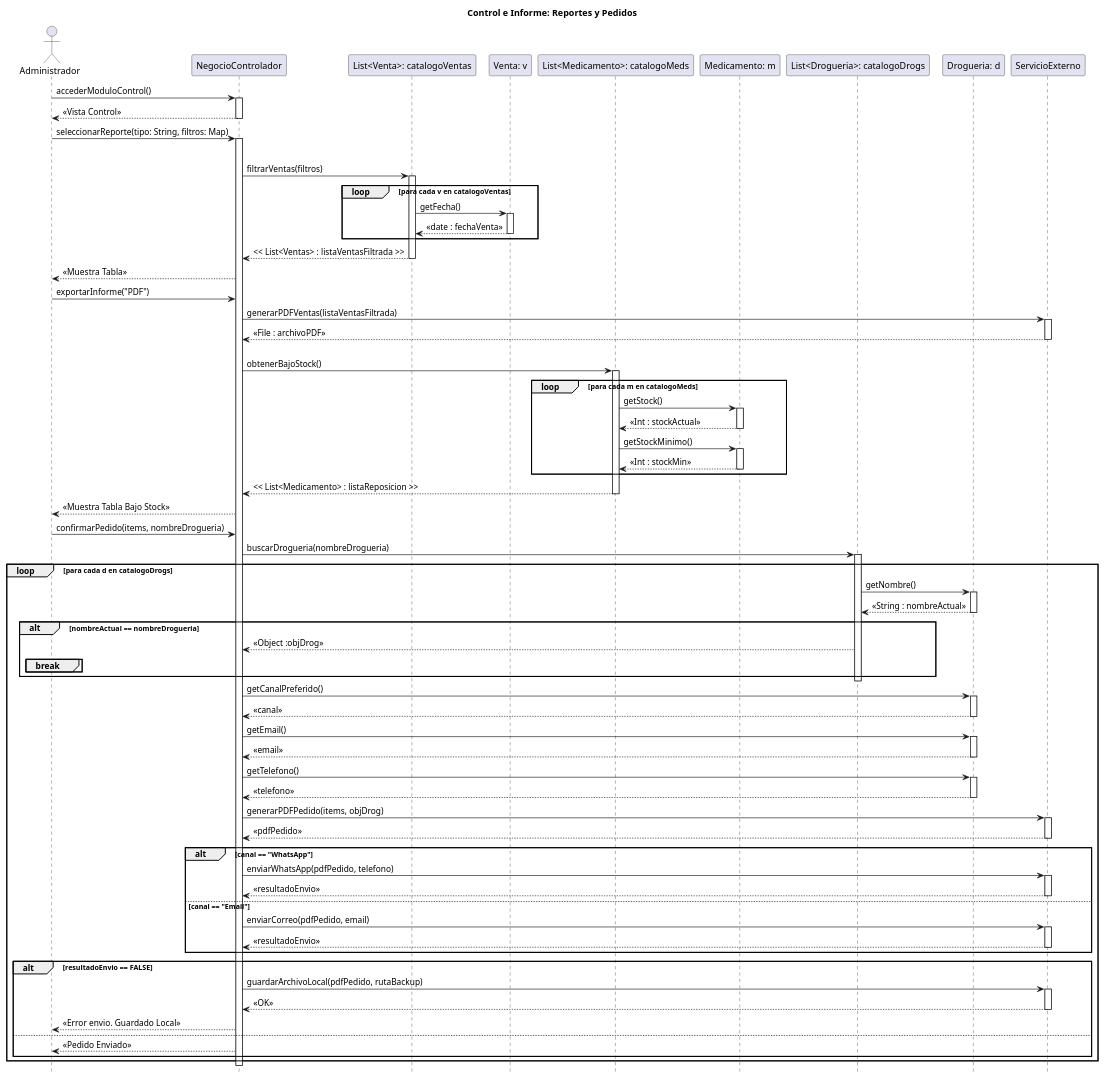
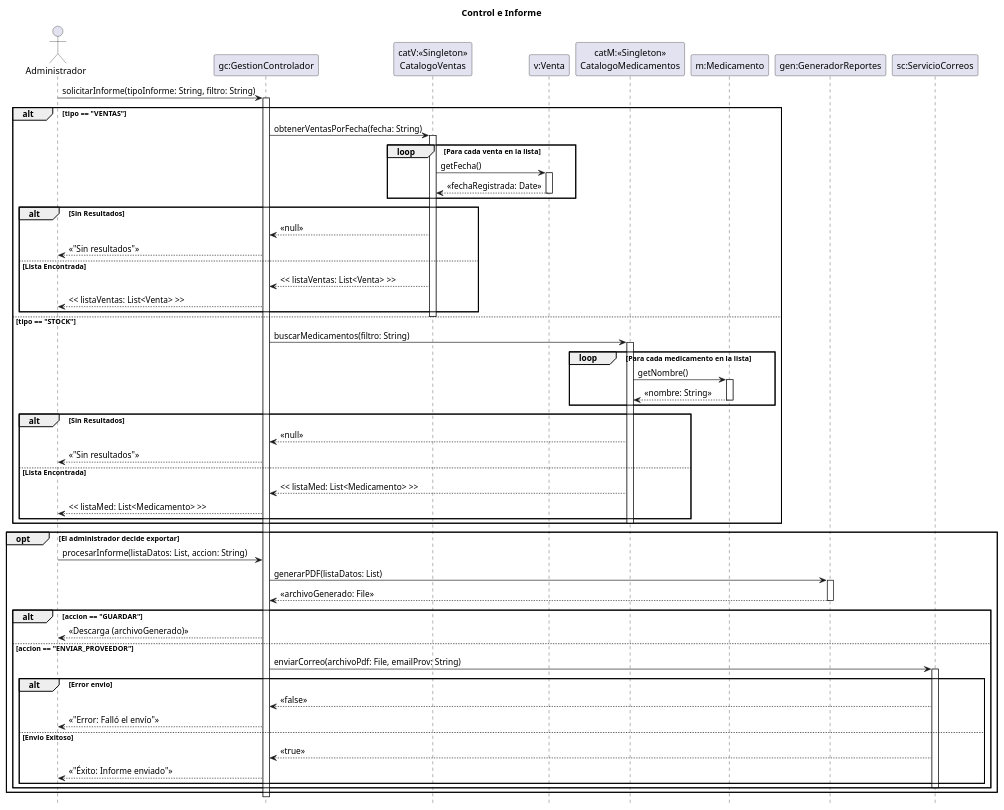
The diagram in 08 - Diagramas de Secuencia de Diseño/Control e Informe/ControlEinforme.puml (zEzequR/PF-I), drawn with PlantUML before and after one commit. The commit also changed 1 other file, not shown here.

Commit message:
Control e informe

```diff
--- a/08 - Diagramas de Secuencia de Diseño/Control e Informe/ControlEinforme.puml
+++ b/08 - Diagramas de Secuencia de Diseño/Control e Informe/ControlEinforme.puml
@@ -1,147 +1,86 @@
 @startuml
-title Control e Informe: Reportes y Pedidos
+title Control e Informe
 
 hide footbox
 
 actor "Administrador" as admin
-participant "NegocioControlador" as NegCtrl
-participant "List<Venta>: catalogoVentas" as listaVtas
-participant "Venta: v" as vta
-participant "List<Medicamento>: catalogoMeds" as listaMed
-participant "Medicamento: m" as med
-participant "List<Drogueria>: catalogoDrogs" as listaDrogs
-participant "Drogueria: d" as drog
-participant "ServicioExterno" as srv
+participant "gc:GestionControlador" as ctrl
+participant "catV:<<Singleton>>\nCatalogoVentas" as cat_ventas
+participant "v:Venta" as venta 
+participant "catM:<<Singleton>>\nCatalogoMedicamentos" as cat_med
+participant "m:Medicamento" as med
+participant "gen:GeneradorReportes" as gen
+participant "sc:ServicioCorreos" as srv_mail
 
-admin -> NegCtrl : accederModuloControl()
-activate NegCtrl
-NegCtrl --> admin : << Vista Control >>
-deactivate NegCtrl
+admin -> ctrl : solicitarInforme(tipoInforme: String, filtro: String)
+activate ctrl
 
-' --- INICIO DE SELECCIÓN ---
-admin -> NegCtrl : seleccionarReporte(tipo: String, filtros: Map)
-activate NegCtrl
-
-alt tipo == "Informe Ventas"
-
-    NegCtrl -> listaVtas : filtrarVentas(filtros)
-    activate listaVtas
+alt tipo == "VENTAS"
+    ctrl -> cat_ventas : obtenerVentasPorFecha(fecha: String)
+    activate cat_ventas
     
-    loop para cada v en catalogoVentas
-        listaVtas -> vta : getFecha()
-        activate vta
-        vta --> listaVtas : << date : fechaVenta >>
-        deactivate vta
-        
-        ' La lógica de filtrado es interna en el bucle
+    loop Para cada venta en la lista
+        cat_ventas -> venta : getFecha()
+        activate venta
+        venta --> cat_ventas : << fechaRegistrada: Date >>
+        deactivate venta
     end
     
-    listaVtas --> NegCtrl : << List<Ventas> : listaVentasFiltrada >>
-    deactivate listaVtas
+    alt Sin Resultados
+        cat_ventas --> ctrl : << null >>
+        ctrl --> admin : << "Sin resultados" >>
+    else Lista Encontrada
+        cat_ventas --> ctrl : << listaVentas: List<Venta> >>
+        ctrl --> admin : << listaVentas: List<Venta> >>
+    end
+    deactivate cat_ventas
 
-    NegCtrl --> admin : << Muestra Tabla >>
-
-    ' --- EXPORTAR ---
-    admin -> NegCtrl : exportarInforme("PDF")
+else tipo == "STOCK"
+    ctrl -> cat_med : buscarMedicamentos(filtro: String)
+    activate cat_med
     
-    NegCtrl -> srv : generarPDFVentas(listaVentasFiltrada)
-    activate srv
-    srv --> NegCtrl : << File : archivoPDF >>
-    deactivate srv
-
-
-else tipo == "Control Stock / Pedido"
-
-    ' --- BUSCAR BAJO STOCK ---
-    NegCtrl -> listaMed : obtenerBajoStock()
-    activate listaMed
-    
-    loop para cada m en catalogoMeds
-        listaMed -> med : getStock()
+    loop Para cada medicamento en la lista
+        cat_med -> med : getNombre()
         activate med
-        med --> listaMed : << Int : stockActual >>
-        deactivate med
-
-        listaMed -> med : getStockMinimo()
-        activate med
-        med --> listaMed : << Int : stockMin >>
+        med --> cat_med : << nombre: String >>
         deactivate med
     end
     
-    listaMed --> NegCtrl : << List<Medicamento> : listaReposicion >>
-    deactivate listaMed
-
-    NegCtrl --> admin : << Muestra Tabla Bajo Stock >>
-
-    ' --- PROCESO DE PEDIDO ---
-    admin -> NegCtrl : confirmarPedido(items, nombreDrogueria)
-    
-    ' 1. BUSCAR PROVEEDOR
-    NegCtrl -> listaDrogs : buscarDrogueria(nombreDrogueria)
-    activate listaDrogs
-    
-    loop para cada d en catalogoDrogs
-        listaDrogs -> drog : getNombre()
-        activate drog
-        drog --> listaDrogs : << String : nombreActual >>
-        deactivate drog
-        
-        alt nombreActual == nombreDrogueria
-             listaDrogs --> NegCtrl : << Object :objDrog >>
-             break
-        end
+    alt Sin Resultados
+        cat_med --> ctrl : << null >>
+        ctrl --> admin : << "Sin resultados" >>
+    else Lista Encontrada
+        cat_med --> ctrl : << listaMed: List<Medicamento> >>
+        ctrl --> admin : << listaMed: List<Medicamento> >>
     end
-    deactivate listaDrogs
-
-    ' 2. OBTENER DATOS
-    NegCtrl -> drog : getCanalPreferido()
-    activate drog
-    drog --> NegCtrl : << canal >>
-    deactivate drog
-    
-    NegCtrl -> drog : getEmail()
-    activate drog
-    drog --> NegCtrl : << email >>
-    deactivate drog
-    
-    NegCtrl -> drog : getTelefono()
-    activate drog
-    drog --> NegCtrl : << telefono >>
-    deactivate drog
-
-    ' 3. GENERAR
-    NegCtrl -> srv : generarPDFPedido(items, objDrog)
-    activate srv
-    srv --> NegCtrl : << pdfPedido >>
-    deactivate srv
-
-    ' 4. ENVIAR SEGUN CANAL
-    alt canal == "WhatsApp"
-        NegCtrl -> srv : enviarWhatsApp(pdfPedido, telefono)
-        activate srv
-        srv --> NegCtrl : << resultadoEnvio >>
-        deactivate srv
-        
-    else canal == "Email"
-        NegCtrl -> srv : enviarCorreo(pdfPedido, email)
-        activate srv
-        srv --> NegCtrl : << resultadoEnvio >>
-        deactivate srv
-
-    end
-
-    ' 5. VALIDAR RESULTADO
-    alt resultadoEnvio == FALSE
-        NegCtrl -> srv : guardarArchivoLocal(pdfPedido, rutaBackup)
-        activate srv
-        srv --> NegCtrl : << OK >>
-        deactivate srv
-        NegCtrl --> admin : << Error envio. Guardado Local >>
-    else
-        NegCtrl --> admin : << Pedido Enviado >>
-    end
-
+    deactivate cat_med
 end
 
-deactivate NegCtrl
+opt El administrador decide exportar
+    admin -> ctrl : procesarInforme(listaDatos: List, accion: String)
+
+    ctrl -> gen : generarPDF(listaDatos: List)
+    activate gen
+    gen --> ctrl : << archivoGenerado: File >>
+    deactivate gen
+
+    alt accion == "GUARDAR"
+        ctrl --> admin : << Descarga (archivoGenerado) >>
+        
+    else accion == "ENVIAR_PROVEEDOR"
+        ctrl -> srv_mail : enviarCorreo(archivoPdf: File, emailProv: String)
+        activate srv_mail
+        
+        alt Error envio
+            srv_mail --> ctrl : << false >>
+            ctrl --> admin : << "Error: Falló el envío" >>
+        else Envio Exitoso
+            srv_mail --> ctrl : << true >>
+            ctrl --> admin : << "Éxito: Informe enviado" >>
+        end
+        deactivate srv_mail
+    end
+end
+
+deactivate ctrl
 @enduml
```
